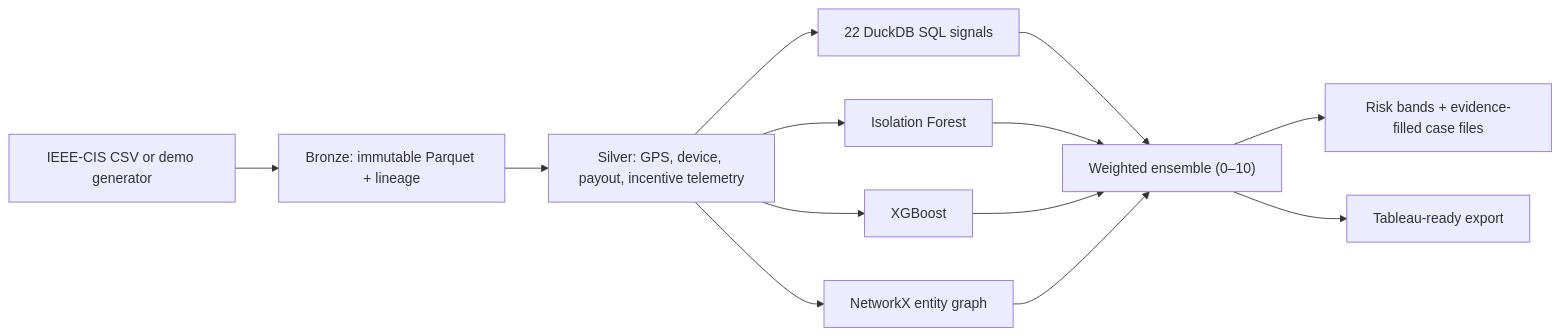
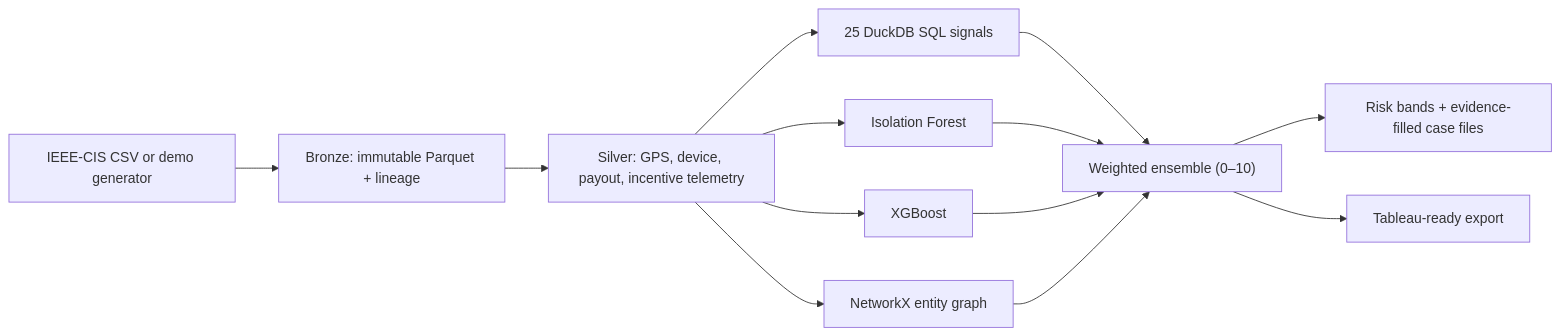
One commit to dev00amk/four-layer-detection-system- changed the diagram in README.md. Above: the diagram before and after it, drawn with Mermaid. The commit also changed other lines of this file, not shown here.

````diff
--- a/README.md
+++ b/README.md
@@ -20,15 +82,15 @@
 ```mermaid
 flowchart LR
   A["IEEE-CIS CSV or demo generator"] --> B["Bronze: immutable Parquet + lineage"]
   B --> C["Silver: GPS, device, payout, incentive telemetry"]
-  C --> D["22 DuckDB SQL signals"]
+  C --> D["25 DuckDB SQL signals"]
   C --> E["Isolation Forest"]
   C --> F["XGBoost"]
   C --> G["NetworkX entity graph"]
   D --> H["Weighted ensemble (0–10)"]
   E --> H
   F --> H
   G --> H
   H --> I["Risk bands + evidence-filled case files"]
   H --> J["Tableau-ready export"]
 ```
````
